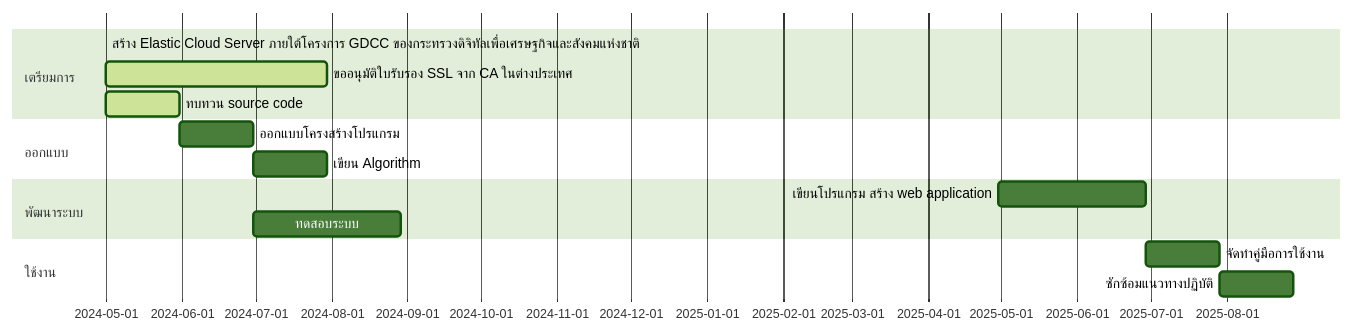
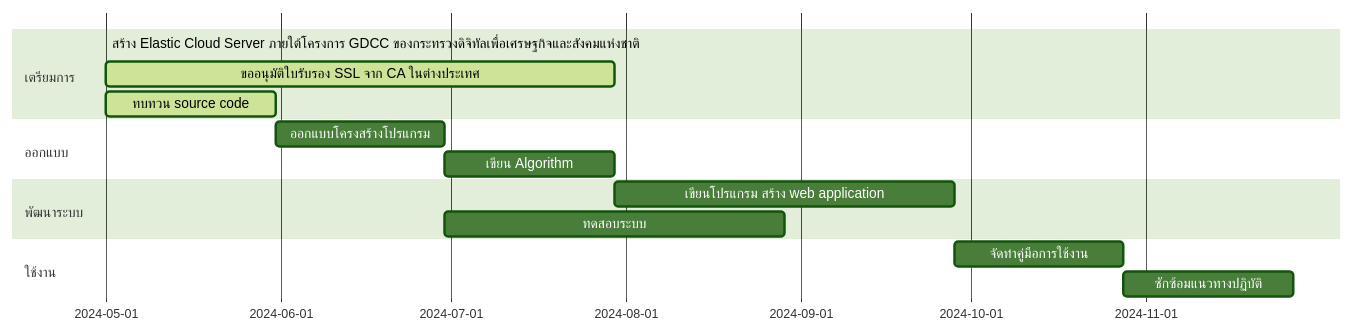
One commit to Kietpawpan/e-tracking changed the first of 2 diagrams in README.md. Above: the diagram before and after it, drawn with Mermaid (forest theme).

````diff
--- a/README.md
+++ b/README.md
@@ -10,18 +10,18 @@
 ```mermaid
 gantt
     section เตรียมการ
     สร้าง Elastic Cloud Server ภายใต้โครงการ GDCC ของกระทรวงดิจิทัลเพื่อเศรษฐกิจและสังคมแห่งชาติ :done,    des1, 2024-05-01,2024-05-30
     ขออนุมัติใบรับรอง SSL จาก CA ในต่างประเทศ        :active, des2, after des1, 90d
     ทบทวน source code  :   active, des3, after des1, 30d
     section ออกแบบ
     ออกแบบโครงสร้างโปรแกรม  :         des4, after des3, 30d
     เขียน Algorithm:   des4a, after des4, 30d
     section พัฒนาระบบ
-    เขียนโปรแกรม สร้าง web application  :         des7, 2025-04-30, 60d
+    เขียนโปรแกรม สร้าง web application  :         des7, 2024-07-30, 60d
     ทดสอบระบบ:des7a, after des4, 60d
    section ใช้งาน
     จัดทำคู่มือการใช้งาน   :         des8, after des7, 30d
     ซักซ้อมแนวทางปฏิบัติ   :         des9, after des8, 30d
 
 
 ```
````
